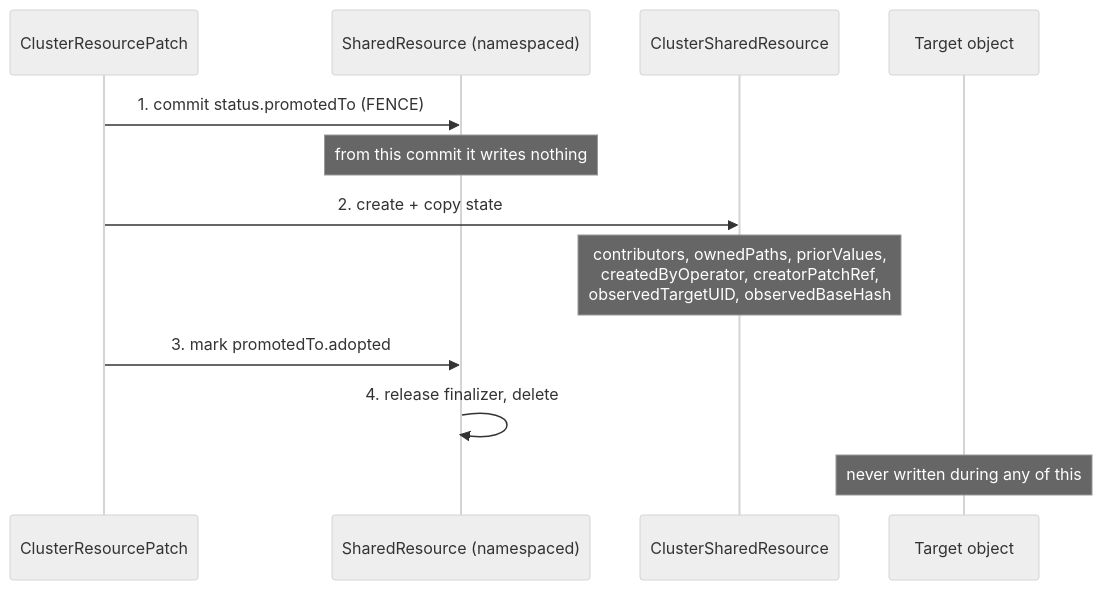
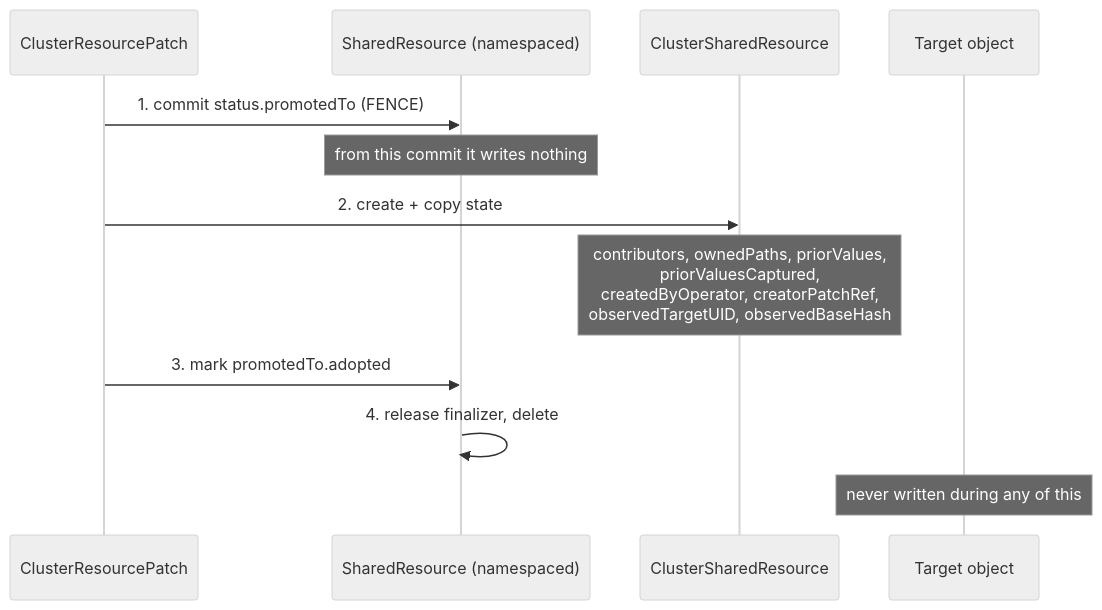
One commit to vrabbi/patch-operator changed the diagram in docs/concepts/promotion.md. Above: the diagram before and after it, drawn with Mermaid (neutral theme). The commit also changed 22 other files, not shown here.

````diff
--- a/docs/concepts/promotion.md
+++ b/docs/concepts/promotion.md
@@ -17,15 +17,15 @@
 ```mermaid
 sequenceDiagram
     participant CRP as ClusterResourcePatch
     participant SR as SharedResource (namespaced)
     participant CSR as ClusterSharedResource
     participant T as Target object
 
     CRP->>SR: 1. commit status.promotedTo (FENCE)
     Note over SR: from this commit it writes nothing
     CRP->>CSR: 2. create + copy state
-    Note over CSR: contributors, ownedPaths, priorValues,<br/>createdByOperator, creatorPatchRef,<br/>observedTargetUID, observedBaseHash
+    Note over CSR: contributors, ownedPaths, priorValues,<br/>priorValuesCaptured,<br/>createdByOperator, creatorPatchRef,<br/>observedTargetUID, observedBaseHash
     CRP->>SR: 3. mark promotedTo.adopted
     SR->>SR: 4. release finalizer, delete
     Note over T: never written during any of this
 ```
````
